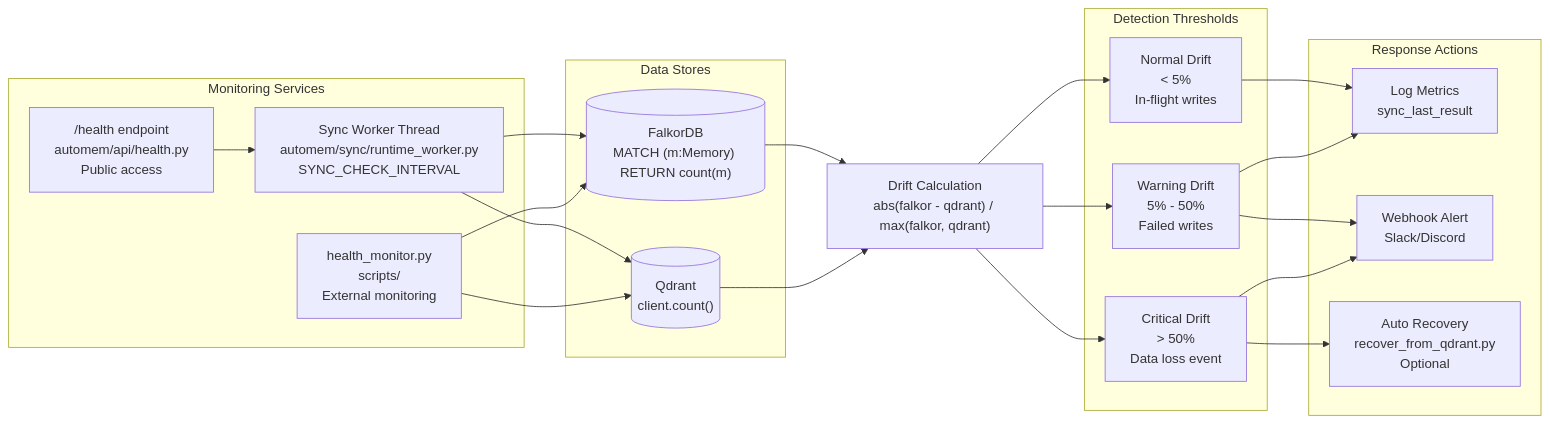
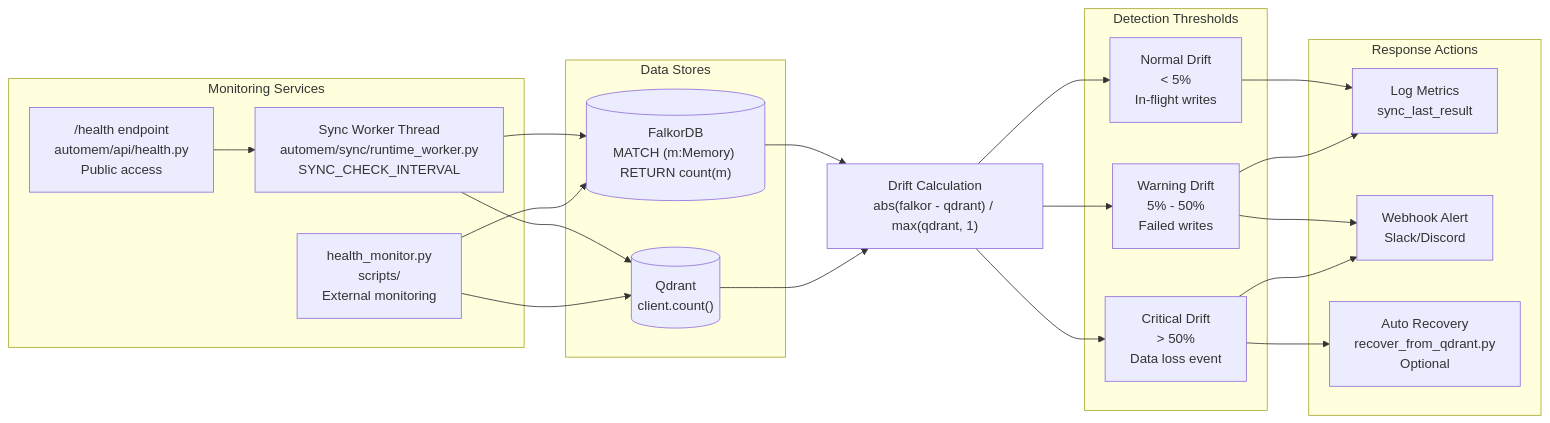
One commit to verygoodplugins/automem-website changed the fifth of 6 diagrams in src/content/docs/docs/operations/health.md. Above: the diagram before and after it, drawn with Mermaid. The commit also changed other lines of this file and 2 other files, not shown here.

First line of the commit message:
docs: correct health monitor drift math, alerting, logging and performance status values (#420)

````diff
--- a/src/content/docs/docs/operations/health.md
+++ b/src/content/docs/docs/operations/health.md
@@ -407,44 +409,44 @@
 ```mermaid
 graph LR
     subgraph "Monitoring Services"
         SyncWorker["Sync Worker Thread<br/>automem/sync/runtime_worker.py<br/>SYNC_CHECK_INTERVAL"]
         HealthMonitor["health_monitor.py<br/>scripts/<br/>External monitoring"]
         HealthEndpoint["/health endpoint<br/>automem/api/health.py<br/>Public access"]
     end
 
     subgraph "Data Stores"
         FalkorDB[("FalkorDB<br/>MATCH (m:Memory) RETURN count(m)")]
         Qdrant[("Qdrant<br/>client.count()")]
     end
 
     subgraph "Detection Thresholds"
         Normal["Normal Drift<br/>< 5%<br/>In-flight writes"]
         Warning["Warning Drift<br/>5% - 50%<br/>Failed writes"]
         Critical["Critical Drift<br/>> 50%<br/>Data loss event"]
     end
 
     subgraph "Response Actions"
         Log["Log Metrics<br/>sync_last_result"]
         Alert["Webhook Alert<br/>Slack/Discord"]
         AutoRecover["Auto Recovery<br/>recover_from_qdrant.py<br/>Optional"]
     end
 
     SyncWorker --> FalkorDB
     SyncWorker --> Qdrant
     HealthMonitor --> FalkorDB
     HealthMonitor --> Qdrant
     HealthEndpoint --> SyncWorker
 
-    FalkorDB --> DriftCalc["Drift Calculation<br/>abs(falkor - qdrant) / max(falkor, qdrant)"]
+    FalkorDB --> DriftCalc["Drift Calculation<br/>abs(falkor - qdrant) / max(qdrant, 1)"]
     Qdrant --> DriftCalc
 
     DriftCalc --> Normal
     DriftCalc --> Warning
     DriftCalc --> Critical
 
     Normal --> Log
     Warning --> Log
     Warning --> Alert
     Critical --> Alert
     Critical --> AutoRecover
 ```
````
